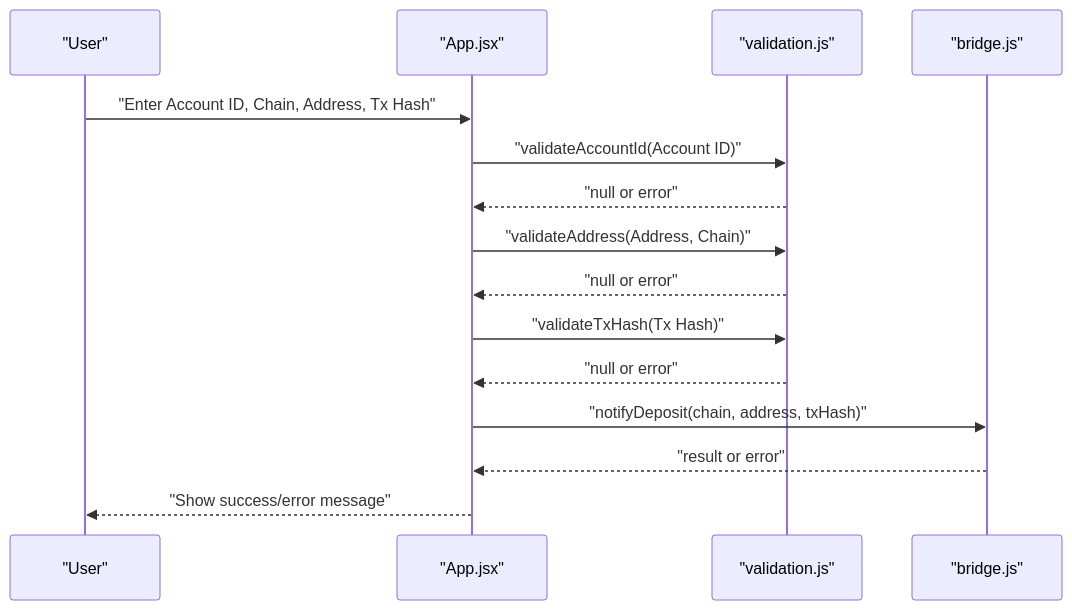
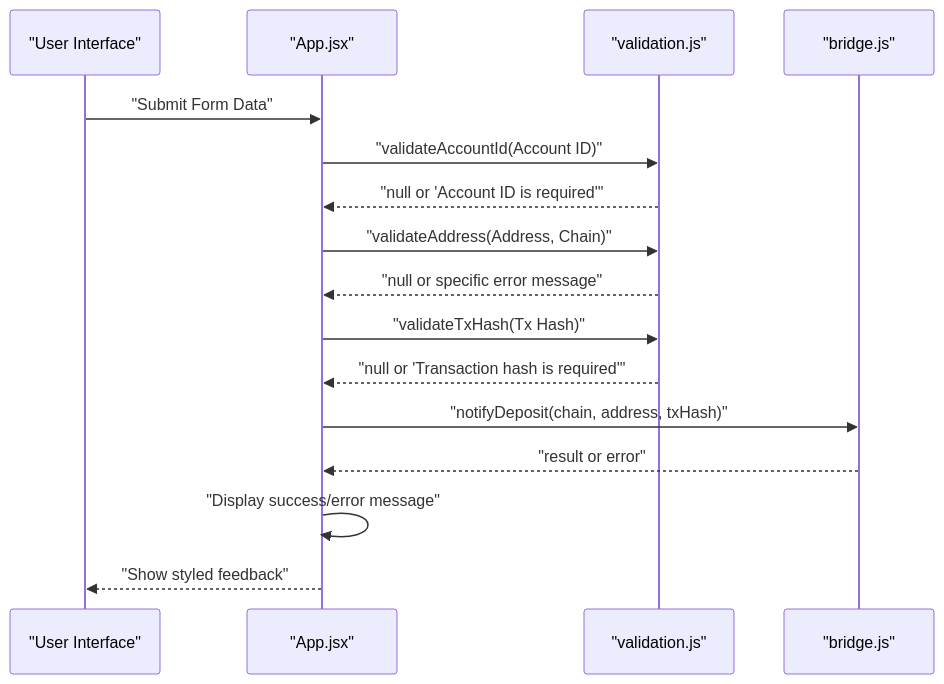
The second of 4 diagrams in .qoder/repowiki/en/content/Technical Architecture/Validation Utilities.md (KaranMakani/deposit-fixer), drawn with Mermaid before and after one commit. The commit also changed other lines of this file and 10 other files, not shown here.

````diff
--- a/.qoder/repowiki/en/content/Technical Architecture/Validation Utilities.md
+++ b/.qoder/repowiki/en/content/Technical Architecture/Validation Utilities.md
@@ -88,17 +169,18 @@
 ```mermaid
 sequenceDiagram
-participant U as "User"
+participant U as "User Interface"
 participant UI as "App.jsx"
 participant VAL as "validation.js"
 participant API as "bridge.js"
-U->>UI : "Enter Account ID, Chain, Address, Tx Hash"
+U->>UI : "Submit Form Data"
 UI->>VAL : "validateAccountId(Account ID)"
-VAL-->>UI : "null or error"
+VAL-->>UI : "null or 'Account ID is required'"
 UI->>VAL : "validateAddress(Address, Chain)"
-VAL-->>UI : "null or error"
+VAL-->>UI : "null or specific error message"
 UI->>VAL : "validateTxHash(Tx Hash)"
-VAL-->>UI : "null or error"
+VAL-->>UI : "null or 'Transaction hash is required'"
 UI->>API : "notifyDeposit(chain, address, txHash)"
 API-->>UI : "result or error"
-UI-->>U : "Show success/error message"
+UI->>UI : "Display success/error message"
+UI-->>U : "Show styled feedback"
 ```
````
